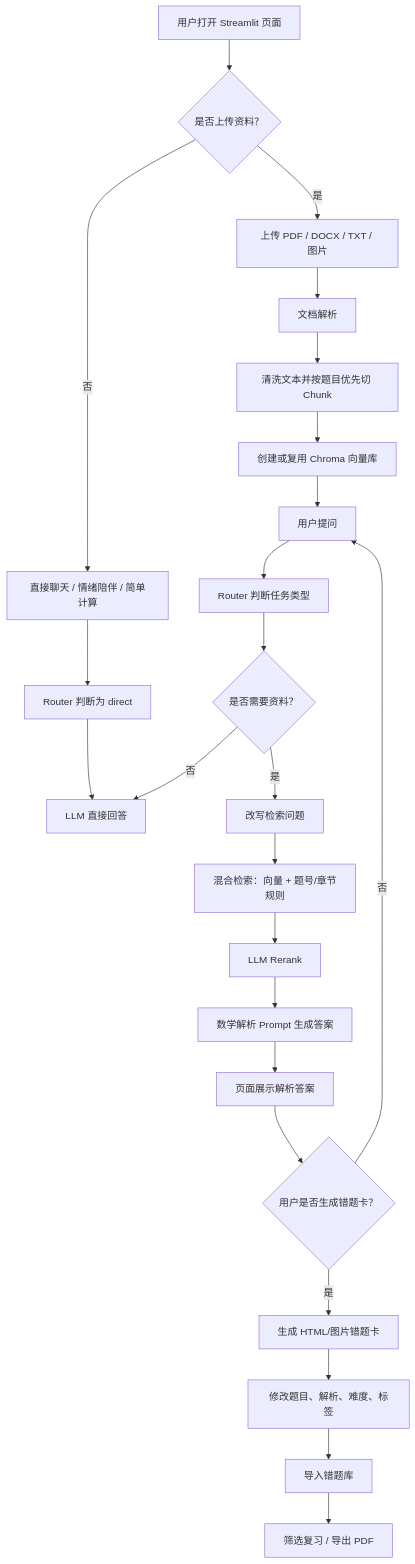
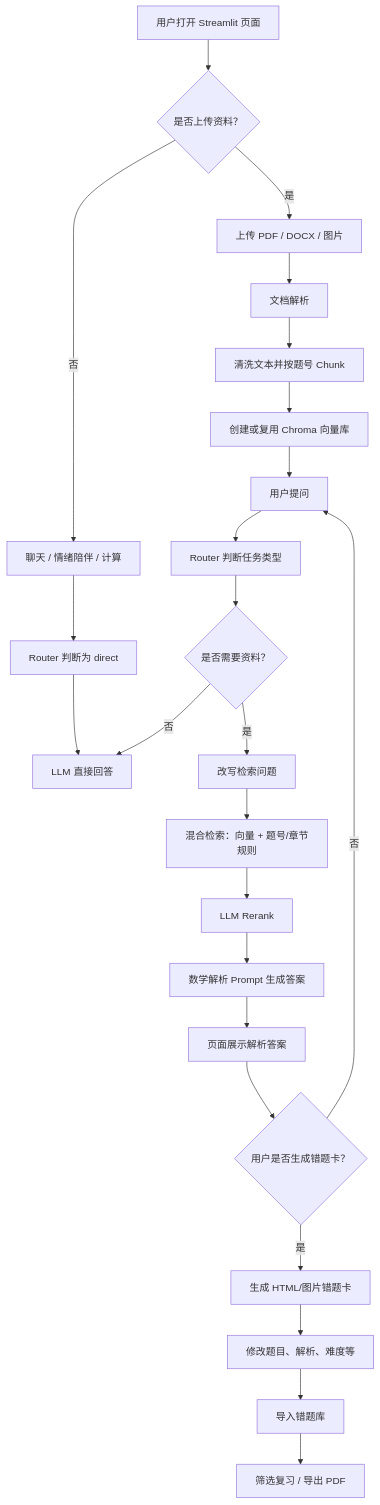
The first of 5 diagrams in README.md (Bye0422/Math-learning-agent), drawn with Mermaid before and after one commit. The commit also changed other lines of this file, not shown here.

````diff
--- a/README.md
+++ b/README.md
@@ -36,27 +36,27 @@
 ```mermaid
 flowchart TD
     A["用户打开 Streamlit 页面"] --> B{"是否上传资料？"}
-    B -- "否" --> C["直接聊天 / 情绪陪伴 / 简单计算"]
+    B -- "否" --> C["聊天 / 情绪陪伴 / 计算"]
     C --> D["Router 判断为 direct"]
     D --> E["LLM 直接回答"]
 
-    B -- "是" --> F["上传 PDF / DOCX / TXT / 图片"]
+    B -- "是" --> F["上传 PDF / DOCX / 图片"]
     F --> G["文档解析"]
-    G --> H["清洗文本并按题目优先切 Chunk"]
+    G --> H["清洗文本并按题号 Chunk"]
     H --> I["创建或复用 Chroma 向量库"]
     I --> J["用户提问"]
     J --> K["Router 判断任务类型"]
     K --> L{"是否需要资料？"}
     L -- "否" --> E
     L -- "是" --> M["改写检索问题"]
     M --> N["混合检索：向量 + 题号/章节规则"]
     N --> O["LLM Rerank"]
     O --> P["数学解析 Prompt 生成答案"]
     P --> Q["页面展示解析答案"]
     Q --> R{"用户是否生成错题卡？"}
     R -- "否" --> J
     R -- "是" --> S["生成 HTML/图片错题卡"]
-    S --> T["修改题目、解析、难度、标签"]
+    S --> T["修改题目、解析、难度等"]
     T --> U["导入错题库"]
     U --> V["筛选复习 / 导出 PDF"]
 ```
````
